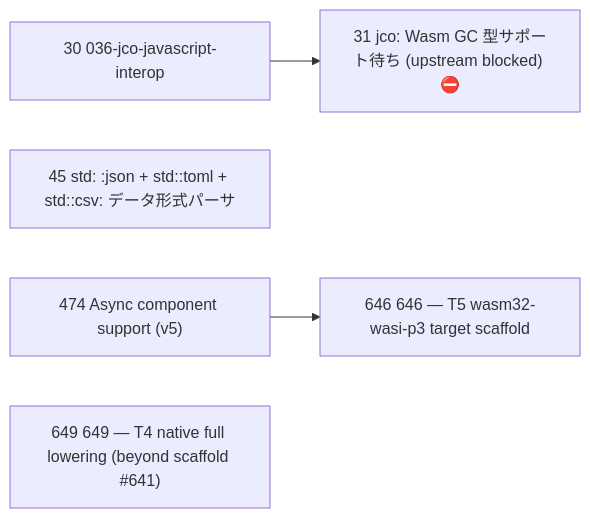
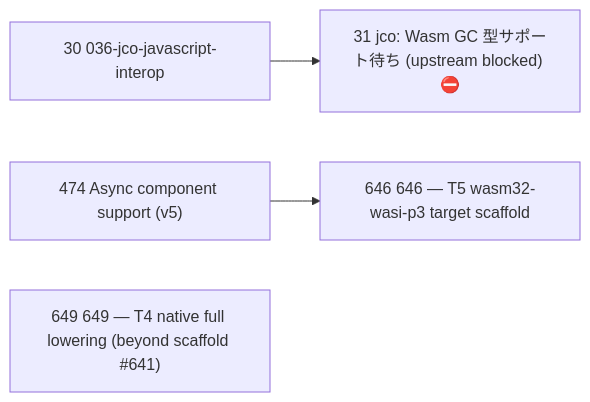
One commit to wogikaze/arukellt changed the diagram in issues/open/dependency-graph.md. Above: the diagram before and after it, drawn with Mermaid. The commit also changed other lines of this file and 16 other files, not shown here.

First line of the commit message:
Close #045: recursive JSON/TOML enums and CSV parse API.

````diff
--- a/issues/open/dependency-graph.md
+++ b/issues/open/dependency-graph.md
@@ -7,11 +7,10 @@
 ```mermaid
 graph LR
   I30["30 036-jco-javascript-interop"]
-  I45["45 std: ":json + std::toml + std::csv: データ形式パーサ""]
   I474["474 Async component support (v5)"]
   I649["649 649 — T4 native full lowering (beyond scaffold #641)"]
   I646["646 646 — T5 wasm32-wasi-p3 target scaffold"]
   I31["31 jco: Wasm GC 型サポート待ち (upstream blocked) ⛔"]
   I474 --> I646
   I30 --> I31
 ```
````
